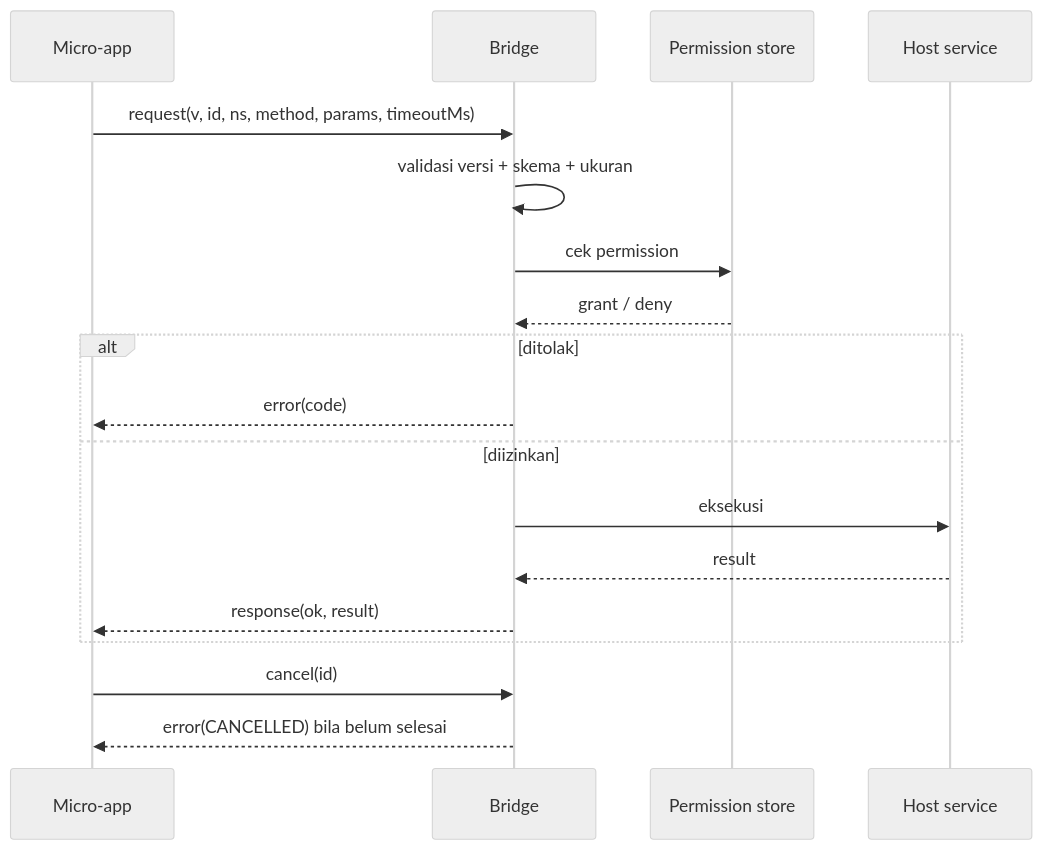
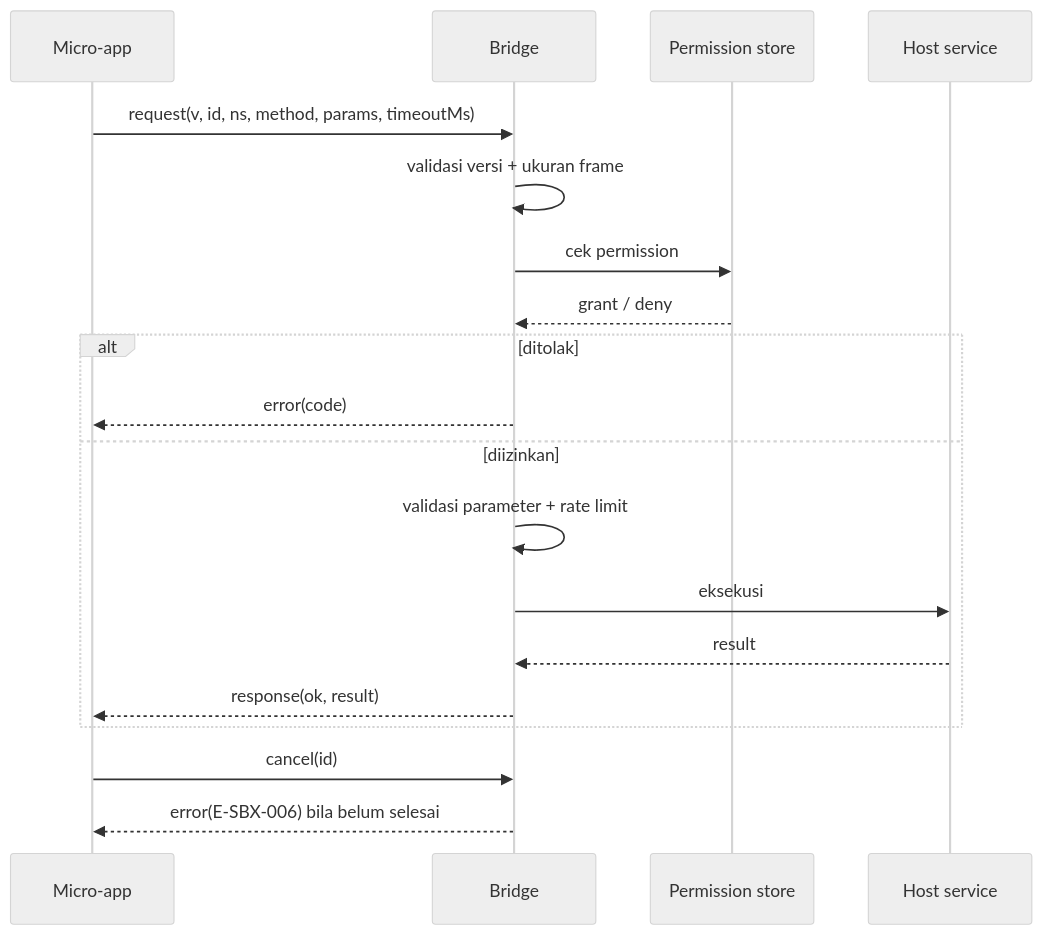
One commit to Reinvy/microapp-studio changed the first of 2 diagrams in docs/01-architecture/host-bridge-intents.md. Above: the diagram before and after it, drawn with Mermaid (neutral theme). The commit also changed other lines of this file and 27 other files, not shown here.

````diff
--- a/docs/01-architecture/host-bridge-intents.md
+++ b/docs/01-architecture/host-bridge-intents.md
@@ -121,20 +125,21 @@
 ```mermaid
 sequenceDiagram
     participant APP as Micro-app
     participant BR as Bridge
     participant PERM as Permission store
     participant HOST as Host service
     APP->>BR: request(v, id, ns, method, params, timeoutMs)
-    BR->>BR: validasi versi + skema + ukuran
+    BR->>BR: validasi versi + ukuran frame
     BR->>PERM: cek permission
     PERM-->>BR: grant / deny
     alt ditolak
         BR-->>APP: error(code)
     else diizinkan
+        BR->>BR: validasi parameter + rate limit
         BR->>HOST: eksekusi
         HOST-->>BR: result
         BR-->>APP: response(ok, result)
     end
     APP->>BR: cancel(id)
-    BR-->>APP: error(CANCELLED) bila belum selesai
+    BR-->>APP: error(E-SBX-006) bila belum selesai
 ```
````
